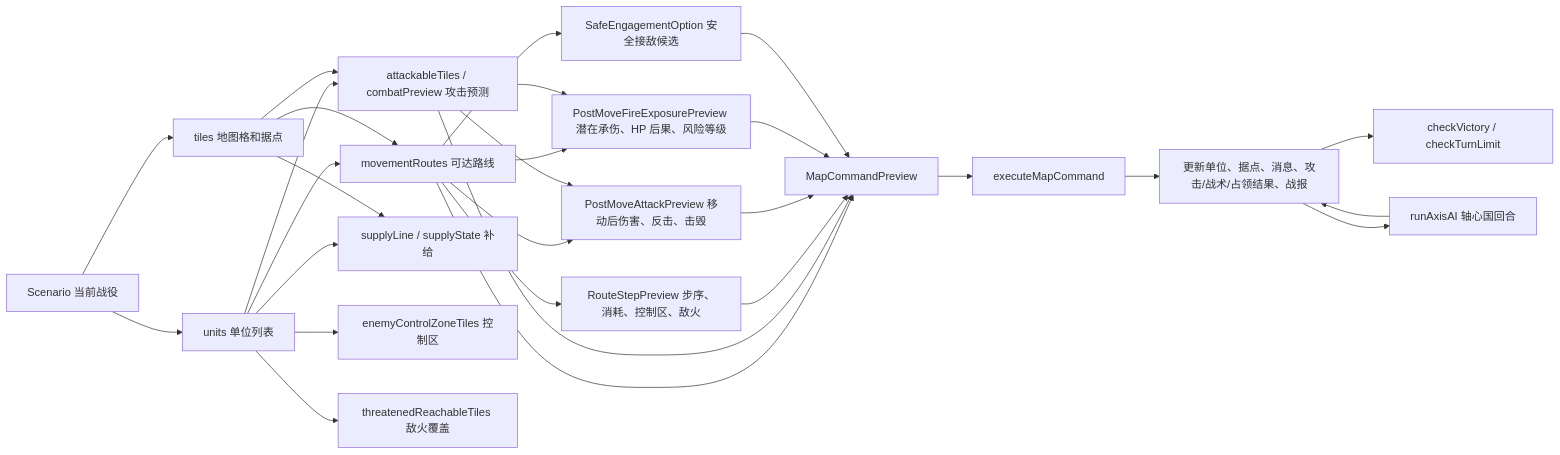
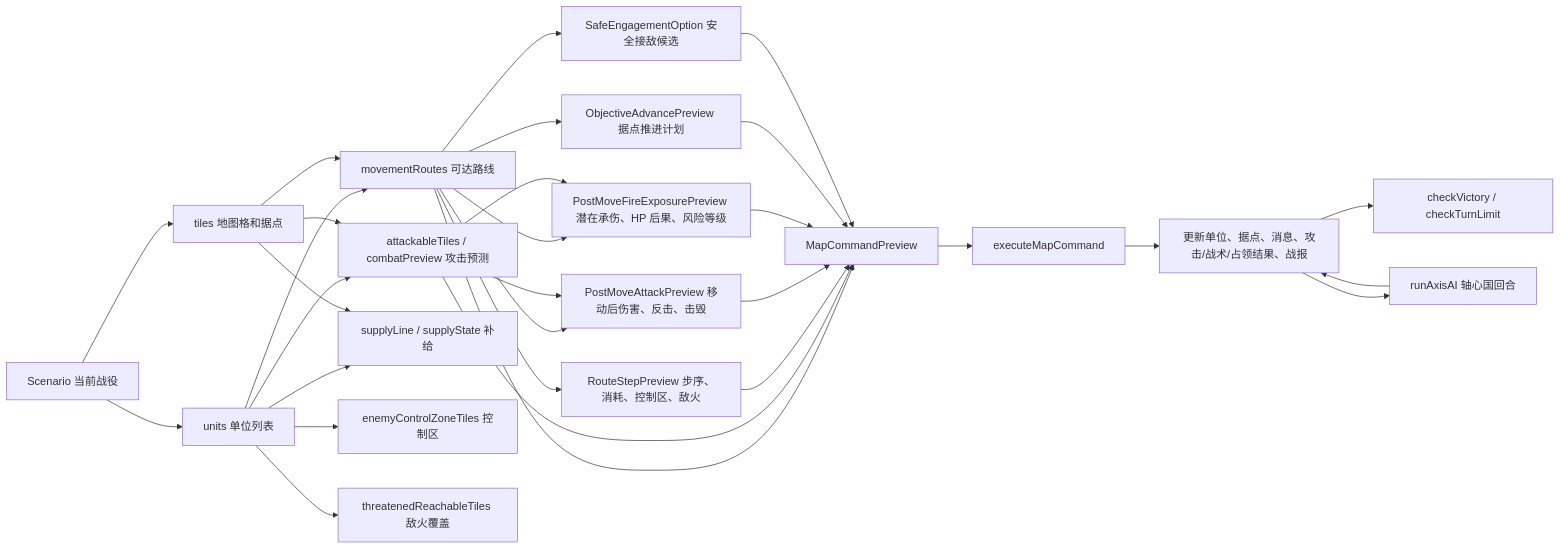
Before and after one commit to Altman-sam114/116: the third of 5 diagrams in md/flow/flowchart.md, drawn with Mermaid. The commit also changed other lines of this file and 10 other files, not shown here.

````diff
--- a/md/flow/flowchart.md
+++ b/md/flow/flowchart.md
@@ -50,30 +51,32 @@
 ```mermaid
 flowchart LR
   S["Scenario 当前战役"] --> U["units 单位列表"]
   S --> T["tiles 地图格和据点"]
   U --> MV["movementRoutes 可达路线"]
   T --> MV
   U --> AT["attackableTiles / combatPreview 攻击预测"]
   T --> AT
   U --> SUP["supplyLine / supplyState 补给"]
   T --> SUP
   U --> ZOC["enemyControlZoneTiles 控制区"]
   U --> THR["threatenedReachableTiles 敌火覆盖"]
   MV --> RP["RouteStepPreview 步序、消耗、控制区、敌火"]
   MV --> PM["PostMoveAttackPreview 移动后伤害、反击、击毁"]
   MV --> FP["PostMoveFireExposurePreview 潜在承伤、HP 后果、风险等级"]
+  MV --> OP["ObjectiveAdvancePreview 据点推进计划"]
   MV --> SE["SafeEngagementOption 安全接敌候选"]
   AT --> PM
   AT --> FP
   MV --> CMD["MapCommandPreview"]
   AT --> CMD
   RP --> CMD
   PM --> CMD
   FP --> CMD
+  OP --> CMD
   SE --> CMD
   CMD --> EX["executeMapCommand"]
   EX --> RES["更新单位、据点、消息、攻击/战术/占领结果、战报"]
   RES --> WIN["checkVictory / checkTurnLimit"]
   RES --> AI["runAxisAI 轴心国回合"]
   AI --> RES
 ```
````
